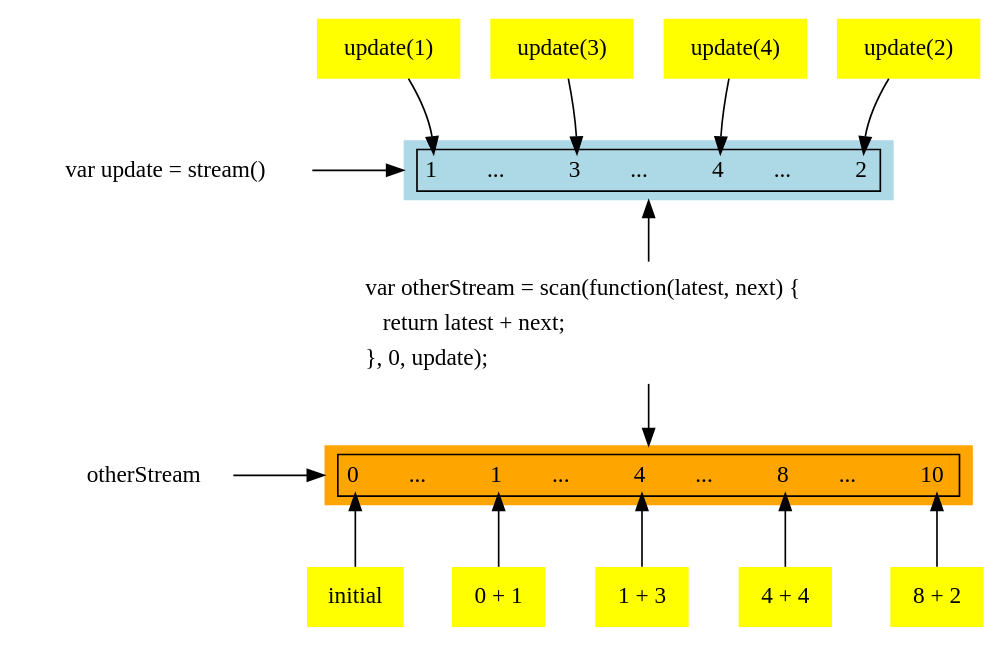
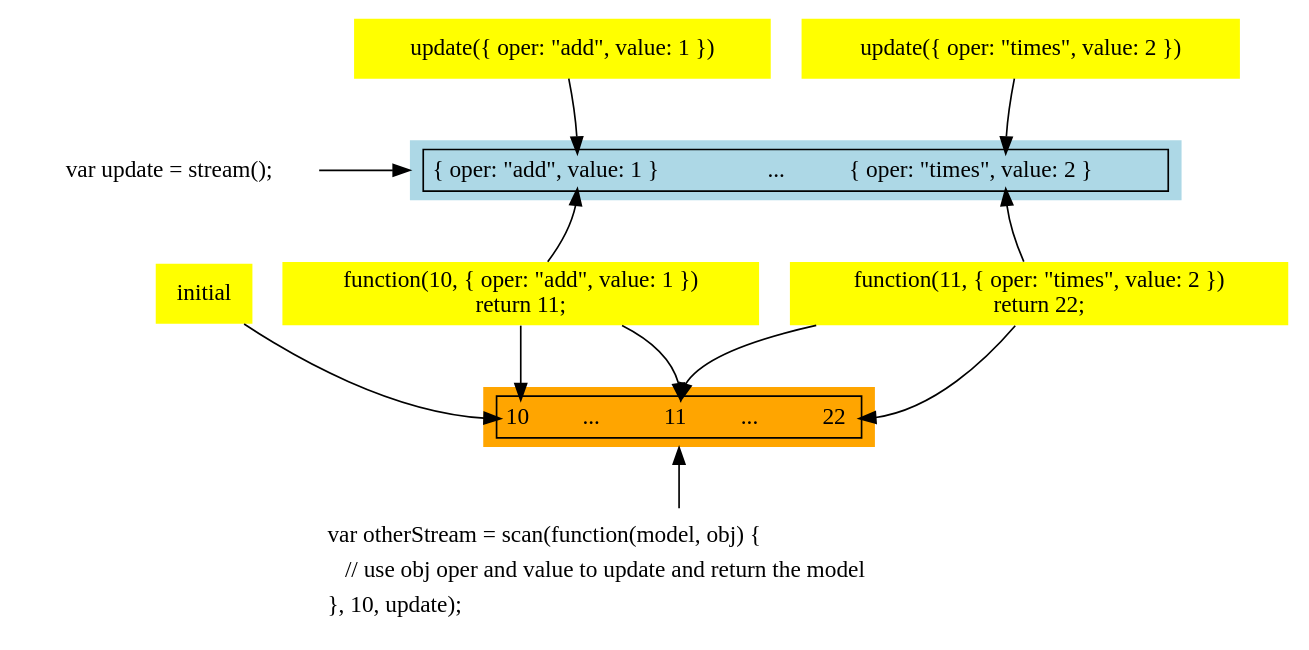
One commit to foxdonut/meiosis-examples changed the diagram in examples/tutorial/images/06-scan-02.dot. Above: the diagram before and after it, drawn with Graphviz. The commit also changed 2 other files, not shown here.

```diff
--- a/examples/tutorial/images/06-scan-02.dot
+++ b/examples/tutorial/images/06-scan-02.dot
@@ -1,78 +1,64 @@
 digraph meiosistutorial {
-  stream [shape="none", label="var update = stream()"]
+  stream [shape="none", label="var update = stream();"]
 
-  updateplus1 [shape="none", style="filled", fillcolor="yellow", label="update(1)"]
-  updateplus3 [shape="none", style="filled", fillcolor="yellow", label="update(3)"]
-  updateplus4 [shape="none", style="filled", fillcolor="yellow", label="update(4)"]
-  updateplus2 [shape="none", style="filled", fillcolor="yellow", label="update(2)"]
+  updateplus1 [shape="none", style="filled", fillcolor="yellow", label="update({ oper: \"add\", value: 1 })"]
+  updateplus3 [shape="none", style="filled", fillcolor="yellow", label="update({ oper: \"times\", value: 2 })"]
 
   thestream [shape="plaintext", style="filled", fillcolor="lightblue", label=<
     <table border="1">
       <tr>
-        <td port="plusone" border="0">1</td>
+        <td port="plusone" border="0">{ oper: "add", value: 1 }</td>
         <td border="0">&nbsp;&nbsp;&nbsp;&nbsp;&nbsp;&nbsp;...&nbsp;&nbsp;&nbsp;&nbsp;&nbsp;</td>
-        <td port="plusthree" border="0">3</td>
-        <td border="0">&nbsp;&nbsp;&nbsp;&nbsp;&nbsp;&nbsp;...&nbsp;&nbsp;&nbsp;&nbsp;&nbsp;</td>
-        <td port="plusfour" border="0">4</td>
-        <td border="0">&nbsp;&nbsp;&nbsp;&nbsp;&nbsp;&nbsp;...&nbsp;&nbsp;&nbsp;&nbsp;&nbsp;</td>
-        <td port="plustwo" border="0">2</td>
+        <td port="plusthree" border="0">{ oper: "times", value: 2 }</td>
       </tr>
     </table>
   >]
 
   scan [shape="plaintext", label=<
     <table border="0">
       <tr>
-        <td align='left'>var otherStream = scan(function(latest, next) {</td>
+        <td align='left'>var otherStream = scan(function(model, obj) {</td>
       </tr>
       <tr>
-        <td align='left'>    return latest + next;</td>
+        <td align='left'>    // use obj oper and value to update and return the model</td>
       </tr>
       <tr>
-        <td align='left'>}, 0, update);</td>
+        <td align='left'>}, 10, update);</td>
       </tr>
     </table>
   >]
 
   thescanstream [shape="plaintext", style="filled", fillcolor="orange", label=<
     <table border="1">
       <tr>
-        <td border="0" port="initial">0</td>
+        <td border="0" port="initial">10</td>
         <td border="0">&nbsp;&nbsp;&nbsp;&nbsp;&nbsp;&nbsp;...&nbsp;&nbsp;&nbsp;&nbsp;&nbsp;</td>
-        <td border="0" port="one">1</td>
+        <td border="0" port="one">11</td>
         <td border="0">&nbsp;&nbsp;&nbsp;&nbsp;&nbsp;&nbsp;...&nbsp;&nbsp;&nbsp;&nbsp;&nbsp;</td>
-        <td border="0" port="four">4</td>
-        <td border="0">&nbsp;&nbsp;&nbsp;&nbsp;&nbsp;&nbsp;...&nbsp;&nbsp;&nbsp;&nbsp;&nbsp;</td>
-        <td border="0" port="eight">8</td>
-        <td border="0">&nbsp;&nbsp;&nbsp;&nbsp;&nbsp;&nbsp;...&nbsp;&nbsp;&nbsp;&nbsp;&nbsp;</td>
-        <td border="0" port="ten">10</td>
+        <td border="0" port="four">22</td>
       </tr>
     </table>
   >]
 
-  otherStream [shape="none"]
-
   scan0 [shape="none", style="filled", fillcolor="yellow", label="initial"]
-  scan1 [shape="none", style="filled", fillcolor="yellow", label="0 + 1"]
-  scan2 [shape="none", style="filled", fillcolor="yellow", label="1 + 3"]
-  scan3 [shape="none", style="filled", fillcolor="yellow", label="4 + 4"]
-  scan4 [shape="none", style="filled", fillcolor="yellow", label="8 + 2"]
+  scan1 [shape="none", style="filled", fillcolor="yellow", label="function(10, { oper: \"add\", value: 1 })\nreturn 11;"]
+  scan2 [shape="none", style="filled", fillcolor="yellow", label="function(11, { oper: \"times\", value: 2 })\nreturn 22;"]
 
   updateplus1 -> thestream:plusone
   updateplus3 -> thestream:plusthree
-  updateplus4 -> thestream:plusfour
-  updateplus2 -> thestream:plustwo
   stream -> thestream [label="        "]
-  thestream -> scan [dir="back"]
-  scan -> thescanstream
-  otherStream -> thescanstream [label="        "]
-  thescanstream:initial -> scan0 [dir="back"]
-  thescanstream:one -> scan1 [dir="back"]
-  thescanstream:four -> scan2 [dir="back"]
-  thescanstream:eight -> scan3 [dir="back"]
-  thescanstream:ten -> scan4 [dir="back"]
+
+  thescanstream -> scan [dir="back"]
+
+  scan0 -> thescanstream:initial
+  scan1 -> thescanstream:one
+  scan2 -> thescanstream:four
+
+  scan1 -> thescanstream:initial
+  scan2 -> thescanstream:one
+
+  thestream:plusone -> scan1 [dir="back"]
+  thestream:plusthree -> scan2 [dir="back"]
 
   {rank="same"; stream thestream}
-  {rank="same"; otherStream thescanstream}
-
 }
```
